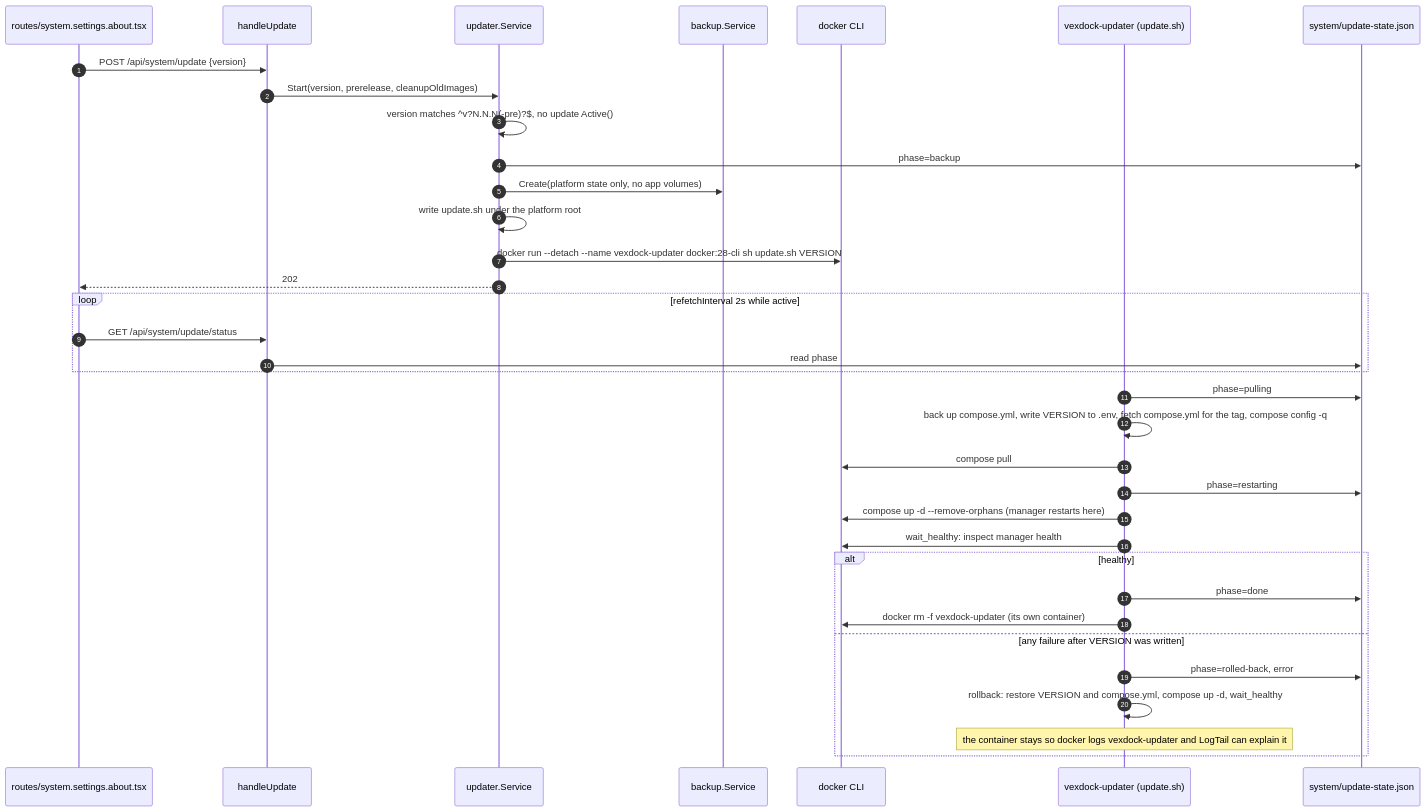
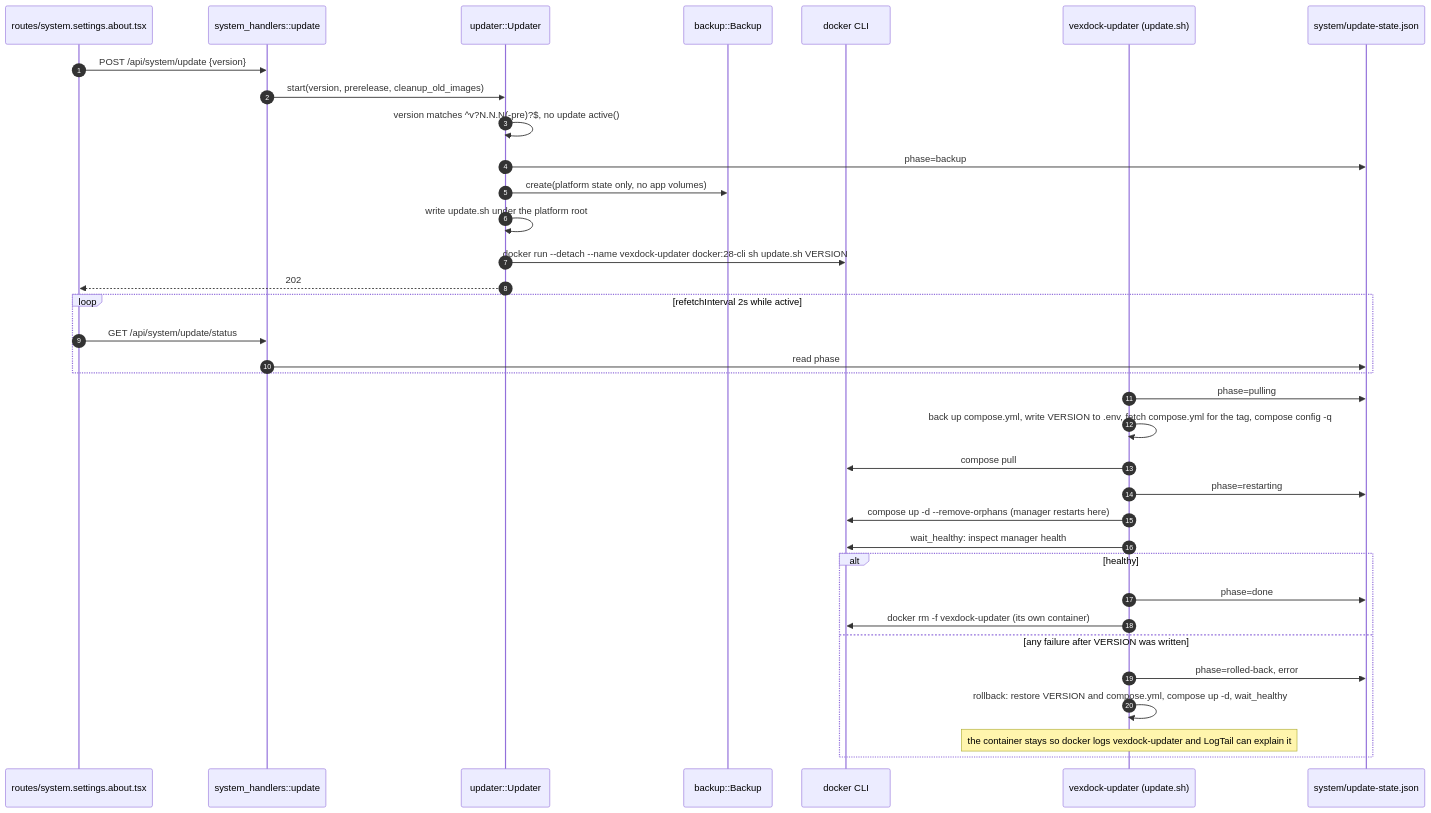
Before and after one commit to rokartur/vexdock: the fifth of 5 diagrams in docs/codebase.md, drawn with Mermaid. The commit also changed other lines of this file and 9 other files, not shown here.

````diff
--- a/docs/codebase.md
+++ b/docs/codebase.md
@@ -254,40 +257,40 @@
 ```mermaid
 sequenceDiagram
     autonumber
     participant Page as routes/system.settings.about.tsx
-    participant Handler as handleUpdate
-    participant Upd as updater.Service
-    participant Backup as backup.Service
+    participant Handler as system_handlers::update
+    participant Upd as updater::Updater
+    participant Backup as backup::Backup
     participant Docker as docker CLI
     participant Script as vexdock-updater (update.sh)
     participant State as system/update-state.json
 
     Page->>Handler: POST /api/system/update {version}
-    Handler->>Upd: Start(version, prerelease, cleanupOldImages)
-    Upd->>Upd: version matches ^v?N.N.N(-pre)?$, no update Active()
+    Handler->>Upd: start(version, prerelease, cleanup_old_images)
+    Upd->>Upd: version matches ^v?N.N.N(-pre)?$, no update active()
     Upd->>State: phase=backup
-    Upd->>Backup: Create(platform state only, no app volumes)
+    Upd->>Backup: create(platform state only, no app volumes)
     Upd->>Upd: write update.sh under the platform root
     Upd->>Docker: docker run --detach --name vexdock-updater docker:28-cli sh update.sh VERSION
     Upd-->>Page: 202
 
     loop refetchInterval 2s while active
         Page->>Handler: GET /api/system/update/status
         Handler->>State: read phase
     end
 
     Script->>State: phase=pulling
     Script->>Script: back up compose.yml, write VERSION to .env, fetch compose.yml for the tag, compose config -q
     Script->>Docker: compose pull
     Script->>State: phase=restarting
     Script->>Docker: compose up -d --remove-orphans (manager restarts here)
     Script->>Docker: wait_healthy: inspect manager health
     alt healthy
         Script->>State: phase=done
         Script->>Docker: docker rm -f vexdock-updater (its own container)
     else any failure after VERSION was written
         Script->>State: phase=rolled-back, error
         Script->>Script: rollback: restore VERSION and compose.yml, compose up -d, wait_healthy
         Note over Script: the container stays so docker logs vexdock-updater and LogTail can explain it
     end
 ```
````
